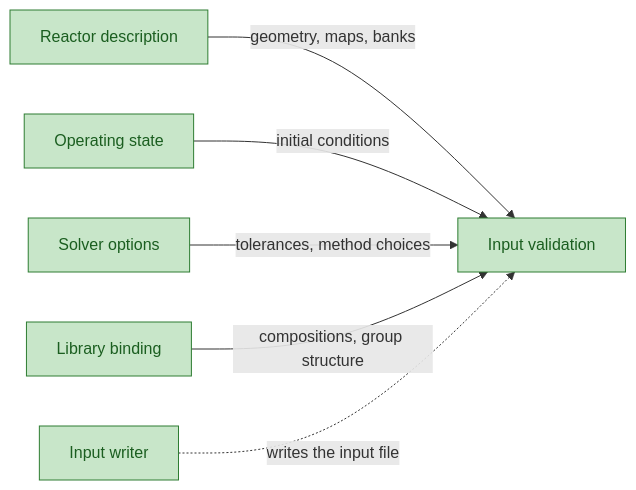
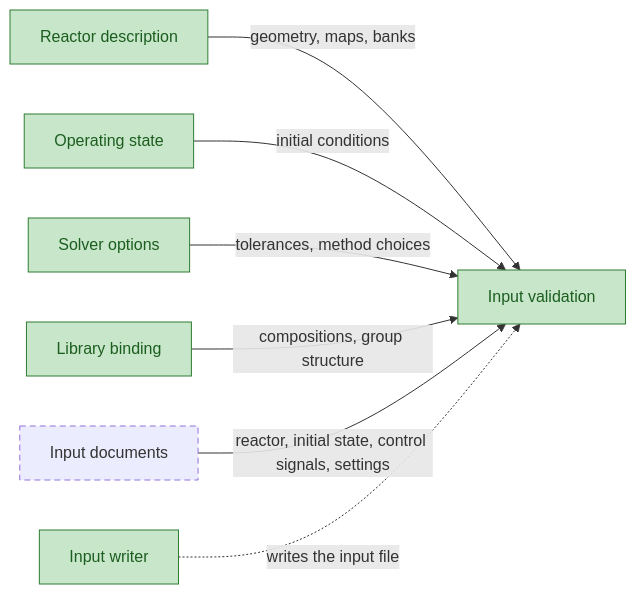
One commit to aurja130/URUS changed the second of 15 diagrams in Planning/DBC/CONCEPTS.md. Above: the diagram before and after it, drawn with Mermaid. The commit also changed other lines of this file and 5 other files, not shown here.

First line of the commit message:
Plan 1.3a: problem input as four input documents

````diff
--- a/Planning/DBC/CONCEPTS.md
+++ b/Planning/DBC/CONCEPTS.md
@@ -58,13 +58,15 @@
 ```mermaid
 flowchart LR
 classDef implemented fill:#c8e6c9,stroke:#2e7d32,color:#1b5e20
 classDef partial fill:#fff3b0,stroke:#b58900,color:#5c4400
 classDef planned stroke-dasharray:6 4
 classDef external fill:#eeeeee,stroke:#9e9e9e,stroke-dasharray:1 3,color:#616161
 ReactorDescription["Reactor description"] -->|geometry, maps, banks| InputValidation["Input validation"]
 OperatingState["Operating state"] -->|initial conditions| InputValidation
 SolverOptions["Solver options"] -->|tolerances, method choices| InputValidation
 LibraryBinding["Library binding"] -->|compositions, group structure| InputValidation
+InputDocuments["Input documents"] -->|reactor, initial state, control signals, settings| InputValidation
 InputWriter["Input writer"] -.->|writes the input file| InputValidation
 class ReactorDescription,OperatingState,SolverOptions,LibraryBinding,InputValidation,InputWriter implemented
+class InputDocuments planned
 ```
````
